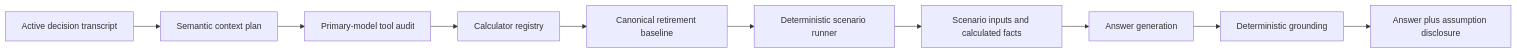
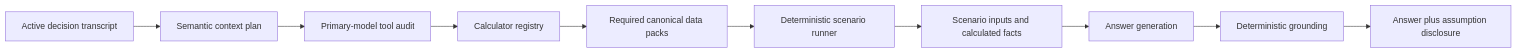
One commit to ethanteng/finsight changed the diagram in docs/SCENARIO_MODELING.md. Above: the diagram before and after it, drawn with Mermaid. The commit also changed other lines of this file and 8 other files, not shown here.

````diff
--- a/docs/SCENARIO_MODELING.md
+++ b/docs/SCENARIO_MODELING.md
@@ -9,12 +9,12 @@
 ```mermaid
 flowchart LR
     A["Active decision transcript"] --> B["Semantic context plan"]
     B --> C["Primary-model tool audit"]
     C --> D["Calculator registry"]
-    D --> E["Canonical retirement baseline"]
+    D --> E["Required canonical data packs"]
     E --> F["Deterministic scenario runner"]
     F --> G["Scenario inputs and calculated facts"]
     G --> H["Answer generation"]
     H --> I["Deterministic grounding"]
     I --> J["Answer plus assumption disclosure"]
 ```
````
